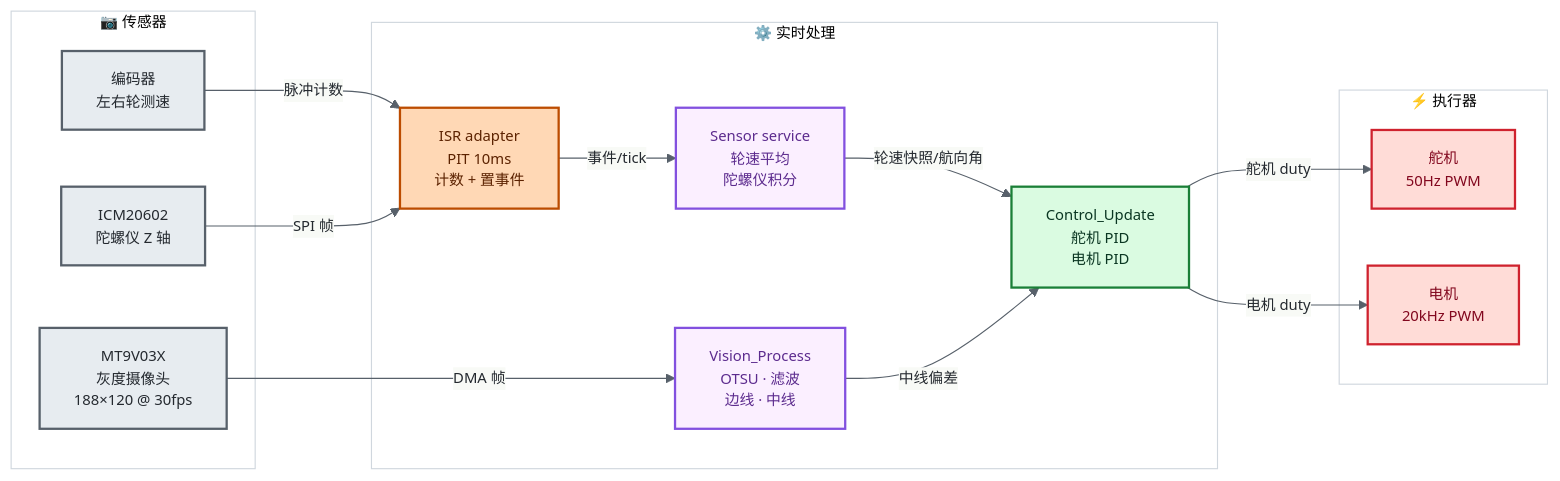
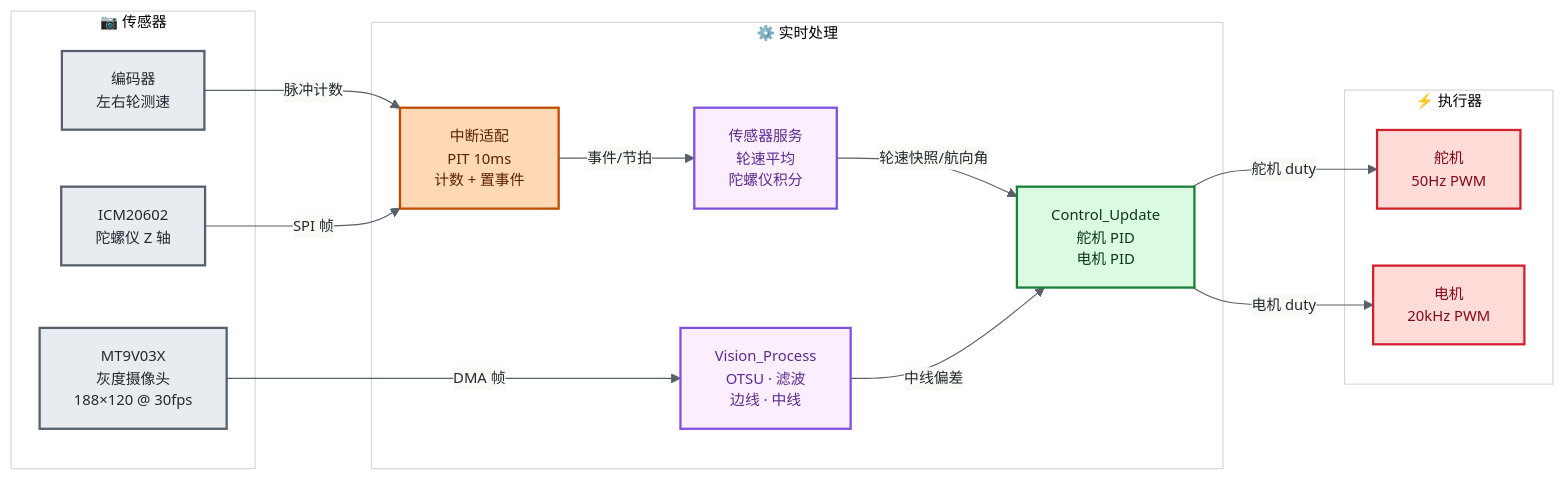
One commit to ParacosmYy/GS_Smart_car changed the second of 3 diagrams in README.md. Above: the diagram before and after it, drawn with Mermaid. The commit also changed other lines of this file and 11 other files, not shown here.

````diff
--- a/README.md
+++ b/README.md
@@ -97,36 +97,36 @@
 ```mermaid
 %%{init: {'theme':'base','themeVariables':{'primaryColor':'#f6f8fa','primaryTextColor':'#24292f','primaryBorderColor':'#d0d7de','lineColor':'#57606a','fontSize':'13px','fontFamily':'ui-sans-serif,system-ui,-apple-system,Segoe UI,Helvetica,Arial,sans-serif','clusterBkg':'#ffffff','clusterBorder':'#d0d7de'}}}%%
 flowchart LR
     classDef sensor  fill:#e7ecf0,stroke:#57606a,stroke-width:2px,color:#24292f
     classDef isr     fill:#ffd8b5,stroke:#bc4c00,stroke-width:2px,color:#5c2200
     classDef vision  fill:#fbefff,stroke:#8250df,stroke-width:2px,color:#5c2b8e
     classDef control fill:#dafbe1,stroke:#1a7f37,stroke-width:2px,color:#0a3622
     classDef actOut  fill:#ffdcd7,stroke:#cf222e,stroke-width:2px,color:#82071e
 
     subgraph SENS[" 📷 传感器 "]
         CAM["MT9V03X<br/>灰度摄像头<br/>188×120 @ 30fps"]:::sensor
         ENC["编码器<br/>左右轮测速"]:::sensor
         GYRO["ICM20602<br/>陀螺仪 Z 轴"]:::sensor
     end
 
     subgraph PROC[" ⚙️ 实时处理 "]
-        ISR["ISR adapter<br/>PIT 10ms<br/>计数 + 置事件"]:::isr
-        SENSOR["Sensor service<br/>轮速平均<br/>陀螺仪积分"]:::vision
+        ISR["中断适配<br/>PIT 10ms<br/>计数 + 置事件"]:::isr
+        SENSOR["传感器服务<br/>轮速平均<br/>陀螺仪积分"]:::vision
         VISION["Vision_Process<br/>OTSU · 滤波<br/>边线 · 中线"]:::vision
         CONTROL["Control_Update<br/>舵机 PID<br/>电机 PID"]:::control
     end
 
     subgraph ACT[" ⚡ 执行器 "]
         SERVO["舵机<br/>50Hz PWM"]:::actOut
         MOTOR["电机<br/>20kHz PWM"]:::actOut
     end
 
     CAM    -->|DMA 帧| VISION
     ENC    -->|脉冲计数| ISR
     GYRO   -->|SPI 帧| ISR
-    ISR    -->|事件/tick| SENSOR
+    ISR    -->|事件/节拍| SENSOR
     SENSOR -->|轮速快照/航向角| CONTROL
     VISION -->|中线偏差| CONTROL
     CONTROL -->|舵机 duty| SERVO
     CONTROL -->|电机 duty| MOTOR
 ```
````
